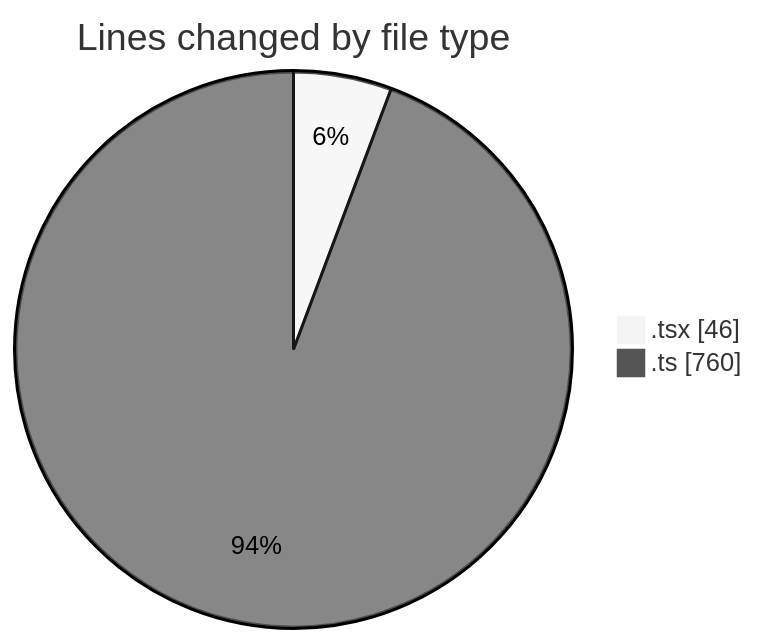
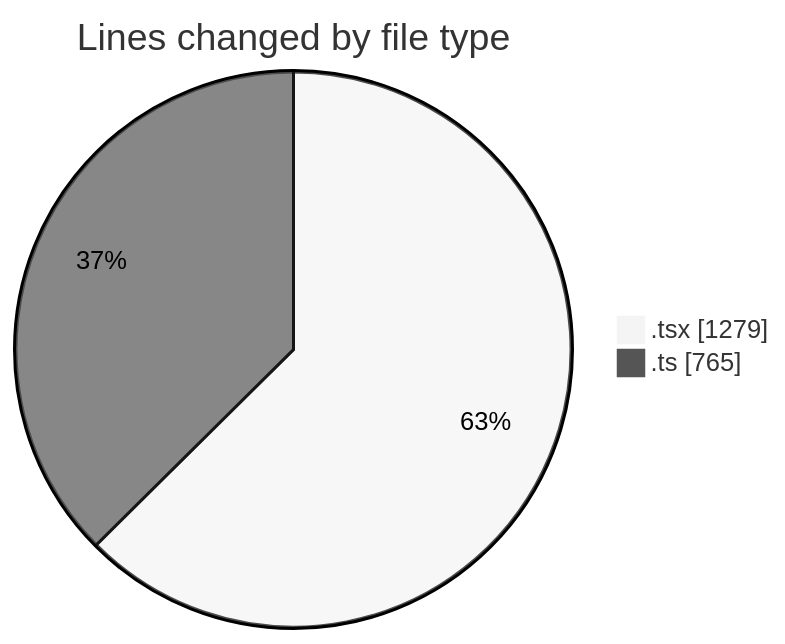
Before and after one commit to nxtqubesakshisongat/code-tracking: the first of 2 diagrams in 2026-02-27/nxtqube_webapp/README.md, drawn with Mermaid (neutral theme). The commit also changed other lines of this file and 1 other file, not shown here.

````diff
--- a/2026-02-27/nxtqube_webapp/README.md
+++ b/2026-02-27/nxtqube_webapp/README.md
@@ -21,6 +24,6 @@
 ```mermaid
 pie showData
 title Lines changed by file type
-".tsx" : 46
-".ts" : 760
+".tsx" : 1279
+".ts" : 765
 ```
````
